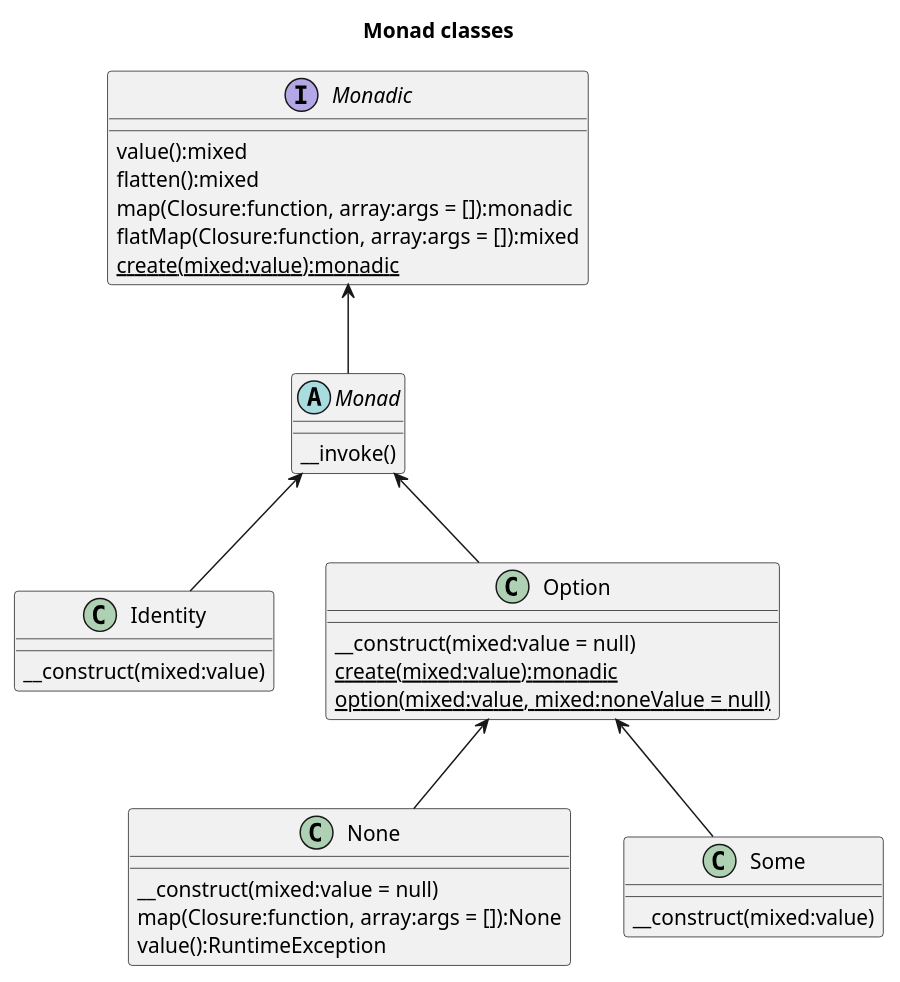
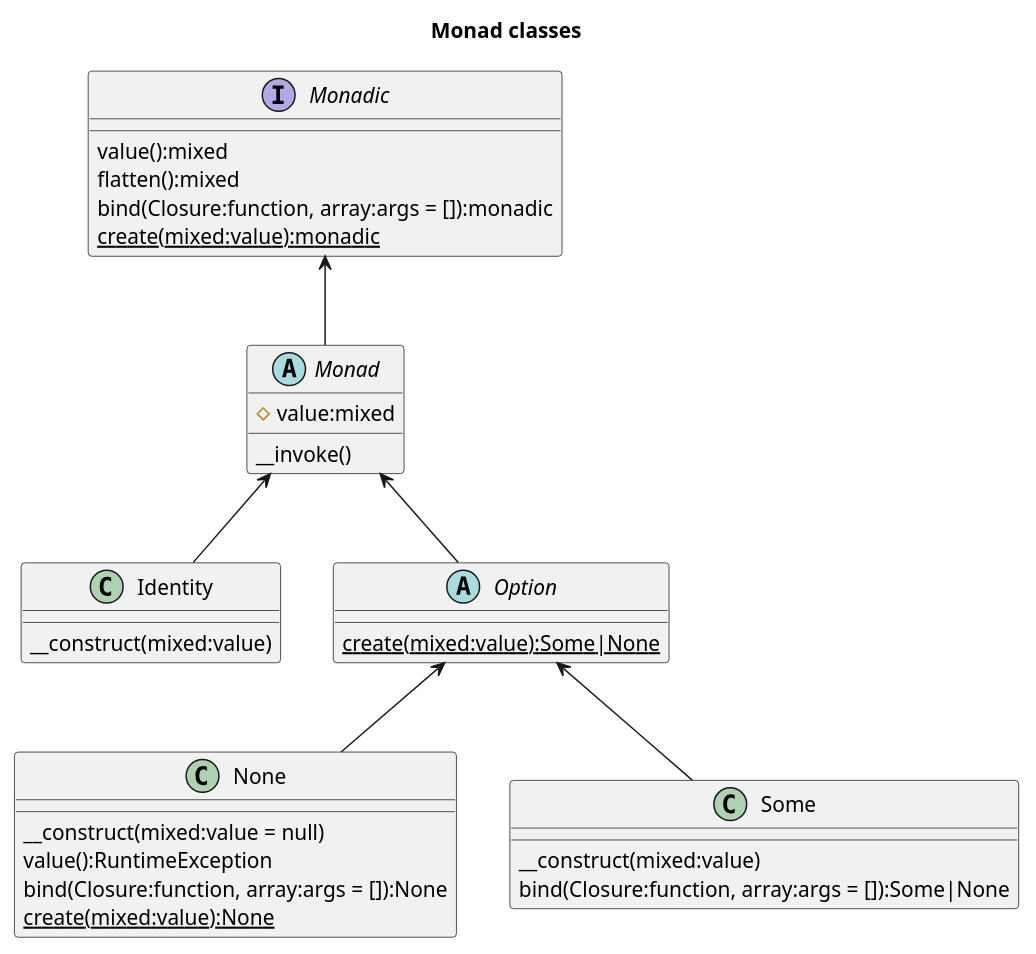
The diagram in docs/Monad Classes.puml (chippyash/Monad), drawn with PlantUML before and after one commit. The commit also changed 1 other file, not shown here.

Commit message:
update uml

```diff
--- a/docs/Monad Classes.puml
+++ b/docs/Monad Classes.puml
@@ -1,41 +1,41 @@
 @startuml
 title Monad classes
 
 interface Monadic {
     value():mixed
     flatten():mixed
-    map(Closure:function, array:args = []):monadic
-    flatMap(Closure:function, array:args = []):mixed
+    bind(Closure:function, array:args = []):monadic
     {static} create(mixed:value):monadic
 }
 
 abstract class Monad {
+    #value:mixed
     __invoke()
 }
 
 class Identity {
     __construct(mixed:value)
 }
 
-class Option {
-    __construct(mixed:value = null)
-    {static} create(mixed:value):monadic
-    {static} option(mixed:value, mixed:noneValue = null)
+abstract class Option {
+    {static} create(mixed:value):Some|None
 }
 
 class None {
     __construct(mixed:value = null)
-    map(Closure:function, array:args = []):None
     value():RuntimeException
+    bind(Closure:function, array:args = []):None
+    {static} create(mixed:value):None
 }
 
 class Some {
     __construct(mixed:value)
+    bind(Closure:function, array:args = []):Some|None
 }
 
 Monadic <-- Monad
 Monad <-- Identity
 Monad <-- Option
 Option <-- None
 Option <-- Some
 @enduml
```
